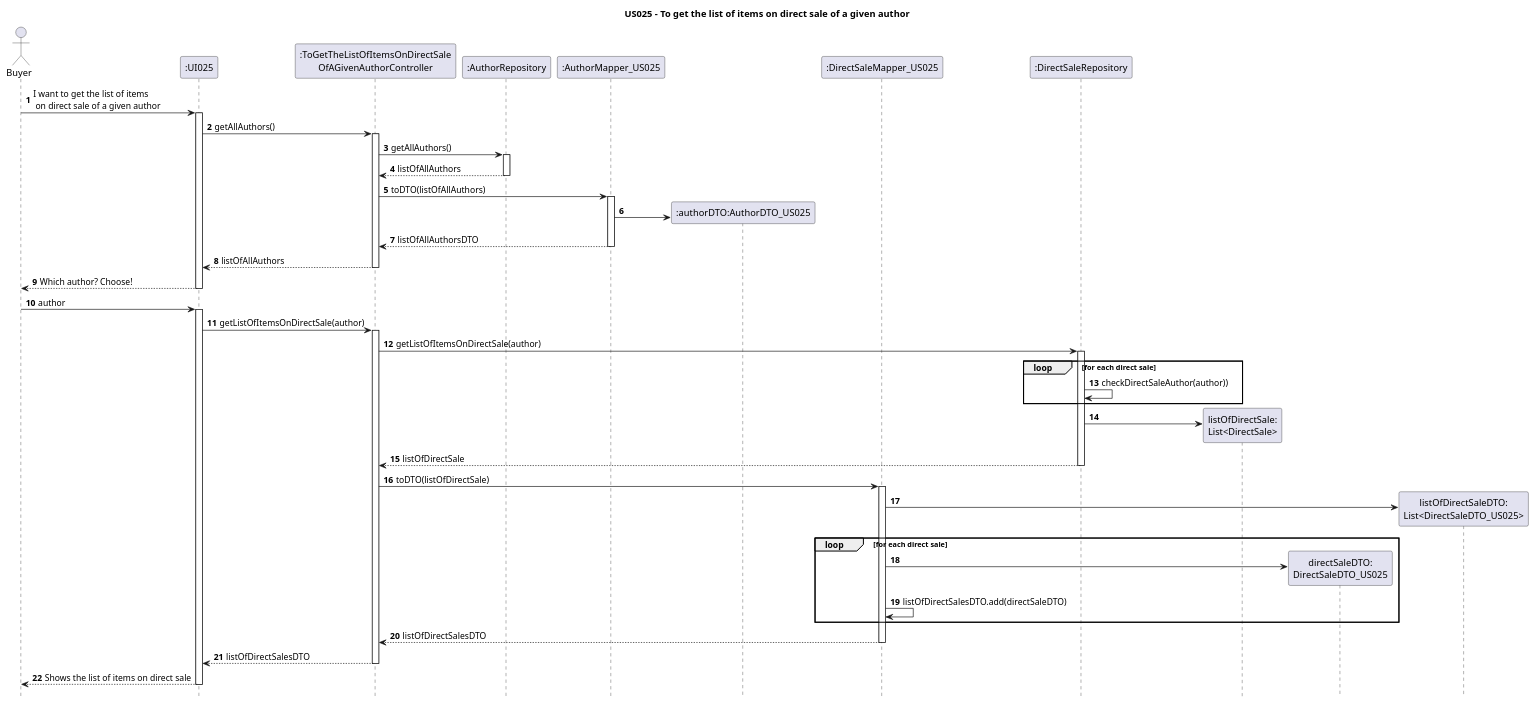
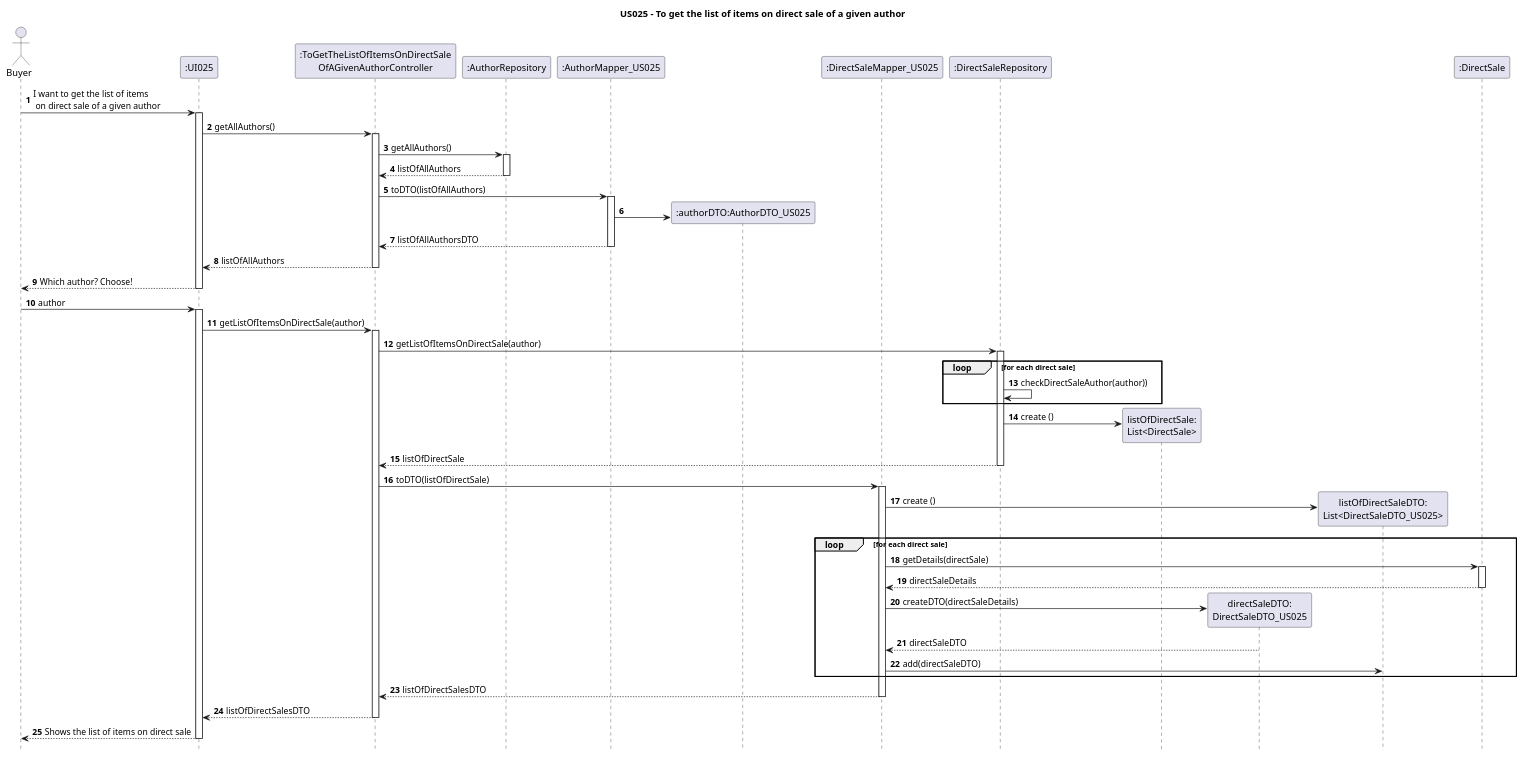
One commit to AndrePereiraGitH/SWitCH-Project-Team_A changed the diagram in Diagrams/SequenceDiagrams/N2/US025-to-get-the-list-of-items-on-direct-sale-of-a-given-author.puml. Above: the diagram before and after it, drawn with PlantUML. The commit also changed 3 other files, not shown here.

Commit message:
Working on #46 #47, improved CD and SD diagrams

```diff
--- a/Diagrams/SequenceDiagrams/N2/US025-to-get-the-list-of-items-on-direct-sale-of-a-given-author.puml
+++ b/Diagrams/SequenceDiagrams/N2/US025-to-get-the-list-of-items-on-direct-sale-of-a-given-author.puml
@@ -1,82 +1,85 @@
 @startuml
 
 hide footbox
 autonumber
 title US025 - To get the list of items on direct sale of a given author
 
 actor Buyer
 
 ' Participants
 participant ":UI025" as UI025
 participant ":ToGetTheListOfItemsOnDirectSale\nOfAGivenAuthorController" as Ctrl
 participant ":AuthorRepository" as AuthorRepository
 participant ":AuthorMapper_US025" as AuthorMapper
 participant ":authorDTO:AuthorDTO_US025" as AuthorDTO
 participant ":DirectSaleMapper_US025" as Mapper
 participant ":DirectSaleRepository" as DirectSaleRepository
 participant "listOfDirectSale:\nList<DirectSale>" as ListDS
-'participant ":DirectSale" as DSDomain
 participant "directSaleDTO:\nDirectSaleDTO_US025" as DTO
 participant "listOfDirectSaleDTO:\nList<DirectSaleDTO_US025>" as ListDTO
+participant ":DirectSale" as DS
 
 
 ' Interactions
 Buyer -> UI025 : I want to get the list of items\n on direct sale of a given author
 activate UI025
 UI025 -> Ctrl : getAllAuthors()
 activate Ctrl
 Ctrl -> AuthorRepository: getAllAuthors()
 activate AuthorRepository
 AuthorRepository --> Ctrl: listOfAllAuthors
 deactivate AuthorRepository
 
 Ctrl -> AuthorMapper: toDTO(listOfAllAuthors)
 activate AuthorMapper
-'AuthorMapper -> PubDTO
 AuthorMapper -> AuthorDTO **
 AuthorMapper --> Ctrl: listOfAllAuthorsDTO
 deactivate AuthorMapper
 
 Ctrl --> UI025 : listOfAllAuthors
 deactivate Ctrl
 Buyer <-- UI025 : Which author? Choose!
 deactivate UI025
 Buyer -> UI025 : author
 activate UI025
 
 UI025 -> Ctrl : getListOfItemsOnDirectSale(author)
 activate Ctrl
 
 Ctrl -> DirectSaleRepository : getListOfItemsOnDirectSale(author)
 activate DirectSaleRepository
 
 loop for each direct sale
     DirectSaleRepository -> DirectSaleRepository : checkDirectSaleAuthor(author))
 end
 
-DirectSaleRepository -> ListDS ** :
+DirectSaleRepository -> ListDS ** : create ()
 DirectSaleRepository --> Ctrl : listOfDirectSale
 
 deactivate DirectSaleRepository
 
 Ctrl -> Mapper : toDTO(listOfDirectSale)
 activate Mapper
-Mapper -> ListDTO ** :
+Mapper -> ListDTO ** : create ()
 
     loop for each direct sale
+    Mapper -> DS: getDetails(directSale)
+        activate DS
+        DS --> Mapper: directSaleDetails
+        deactivate DS
 
-        Mapper -> DTO **
-
-        Mapper -> Mapper : listOfDirectSalesDTO.add(directSaleDTO)
+        Mapper -> DTO ** : createDTO(directSaleDetails)
+        DTO --> Mapper: directSaleDTO
+            Mapper -> ListDTO : add(directSaleDTO)
     end
 
 Mapper --> Ctrl : listOfDirectSalesDTO
 deactivate Mapper
 
 Ctrl --> UI025 : listOfDirectSalesDTO
 deactivate Ctrl
 
 UI025 --> Buyer : Shows the list of items on direct sale
 deactivate UI025
 
 @enduml
```
